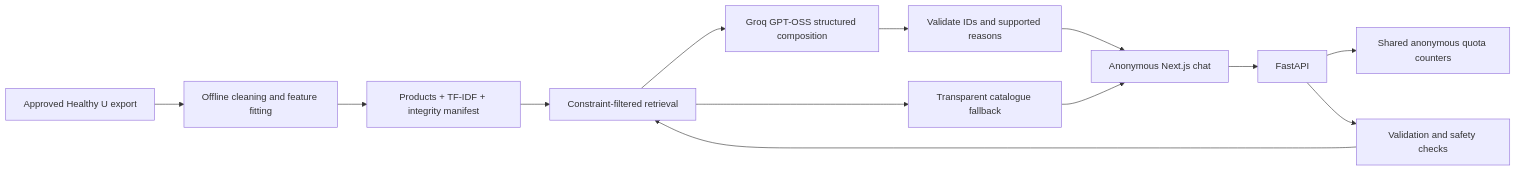
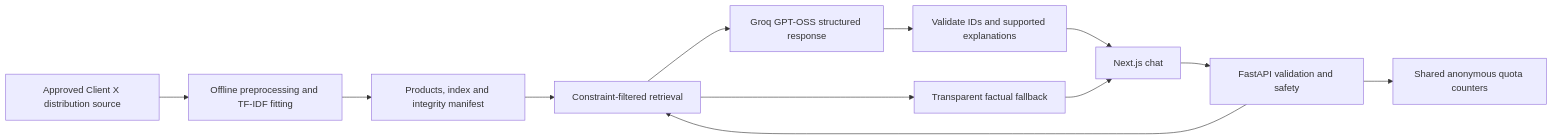
One commit to afrochic/RetailAssistant changed the diagram in README.md. Above: the diagram before and after it, drawn with Mermaid. The commit also changed other lines of this file and 218 other files, not shown here.

````diff
--- a/README.md
+++ b/README.md
@@ -19,15 +19,14 @@
 ```mermaid
 flowchart LR
-    HU[Approved Healthy U export] --> PRE[Offline cleaning and feature fitting]
-    PRE --> ART[Products + TF-IDF + integrity manifest]
-    WEB[Anonymous Next.js chat] --> API[FastAPI]
-    API --> LIMIT[Shared anonymous quota counters]
-    API --> SAFE[Validation and safety checks]
-    SAFE --> RET[Constraint-filtered retrieval]
-    ART --> RET
-    RET --> GROQ[Groq GPT-OSS structured composition]
-    GROQ --> CHECK[Validate IDs and supported reasons]
-    CHECK --> WEB
-    RET --> FALL[Transparent catalogue fallback]
-    FALL --> WEB
+  DATA[Approved Client X distribution source] --> FIT[Offline preprocessing and TF-IDF fitting]
+  FIT --> ART[Products, index and integrity manifest]
+  WEB[Next.js chat] --> API[FastAPI validation and safety]
+  API --> QUOTA[Shared anonymous quota counters]
+  API --> RET[Constraint-filtered retrieval]
+  ART --> RET
+  RET --> GROQ[Groq GPT-OSS structured response]
+  GROQ --> VALIDATE[Validate IDs and supported explanations]
+  VALIDATE --> WEB
+  RET --> FALLBACK[Transparent factual fallback]
+  FALLBACK --> WEB
 ```
````
